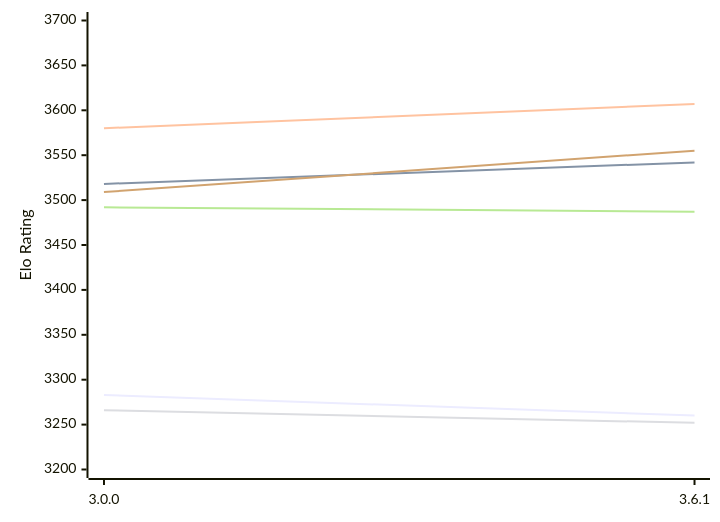
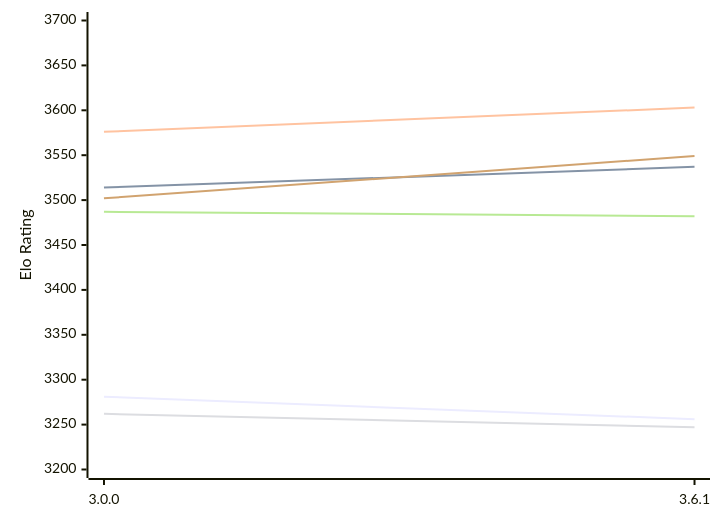
The diagram in engines/Peras.md (computer-chess-index/cci), drawn with Mermaid before and after one commit. The commit also changed other lines of this file, not shown here.

Commit message:
Update CCI Ratings (ELO VLTC) - 2026-11-19

````diff
--- a/engines/Peras.md
+++ b/engines/Peras.md
@@ -49,12 +49,12 @@
 ```mermaid
 %%{init: {"theme":"base","themeVariables":{"seriesColors:['#a3a3a3','#222221','#faa371']}}}%%
 xychart-beta
   x-axis ["3.0.0", "3.6.1"]
   y-axis "Elo Rating" 3200 --> 3700
-  line "E1: STC (8.0+0.08s)" [3283, 3260]
-  line "E1: LTC (60.0+0.60s)" [3518, 3542]
-  line "E1: VLTC (2m24s+1.12s)" [3580, 3607]
-  line "P1: STC (8.0+0.08s)" [3266, 3252]
-  line "P1: LTC (60.0+0.60s)" [3492, 3487]
-  line "P1: VLTC (2m24s+1.12s)" [3509, 3555]
+  line "E1: STC (8.0+0.08s)" [3281, 3256]
+  line "E1: LTC (60.0+0.60s)" [3514, 3537]
+  line "E1: VLTC (2m24s+1.12s)" [3576, 3603]
+  line "P1: STC (8.0+0.08s)" [3262, 3247]
+  line "P1: LTC (60.0+0.60s)" [3487, 3482]
+  line "P1: VLTC (2m24s+1.12s)" [3502, 3549]
 ```
````
